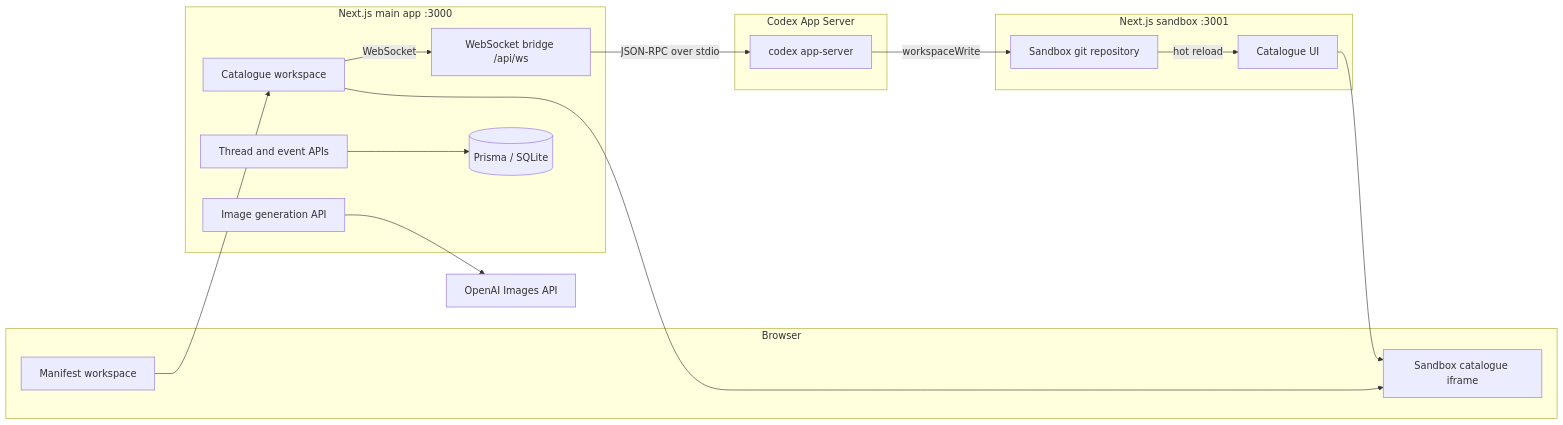
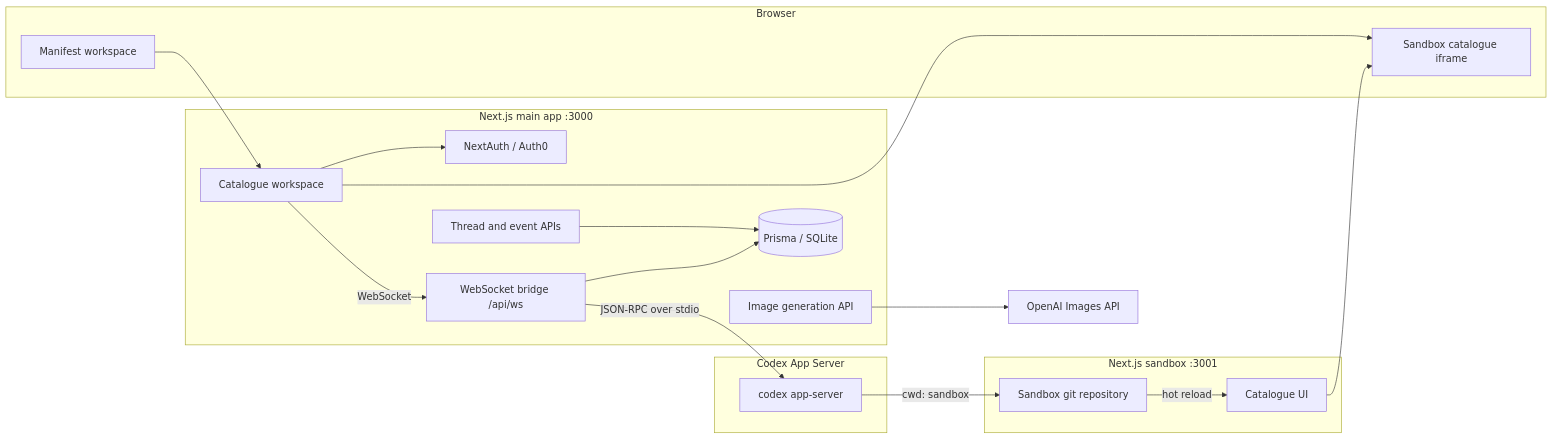
One commit to sthwaites/manifest changed the diagram in ARCHITECTURE.md. Above: the diagram before and after it, drawn with Mermaid. The commit also changed other lines of this file and 15 other files, not shown here.

````diff
--- a/ARCHITECTURE.md
+++ b/ARCHITECTURE.md
@@ -5,31 +5,34 @@
 ```mermaid
 graph LR
   subgraph Browser
     A[Manifest workspace]
     B[Sandbox catalogue iframe]
   end
   subgraph MainApp[Next.js main app :3000]
     C[Catalogue workspace]
+    L[NextAuth / Auth0]
     D[WebSocket bridge /api/ws]
     E[Thread and event APIs]
     F[Image generation API]
     G[(Prisma / SQLite)]
   end
   subgraph AppServer[Codex App Server]
     H[codex app-server]
   end
   subgraph Sandbox[Next.js sandbox :3001]
     I[Catalogue UI]
     J[Sandbox git repository]
   end
 
   A --> C
+  C --> L
   C --> B
   C -- WebSocket --> D
   D -- JSON-RPC over stdio --> H
-  H -- workspaceWrite --> J
+  H -- cwd: sandbox --> J
   J -- hot reload --> I
   I --> B
   E --> G
+  D --> G
   F --> K[OpenAI Images API]
 ```
````
